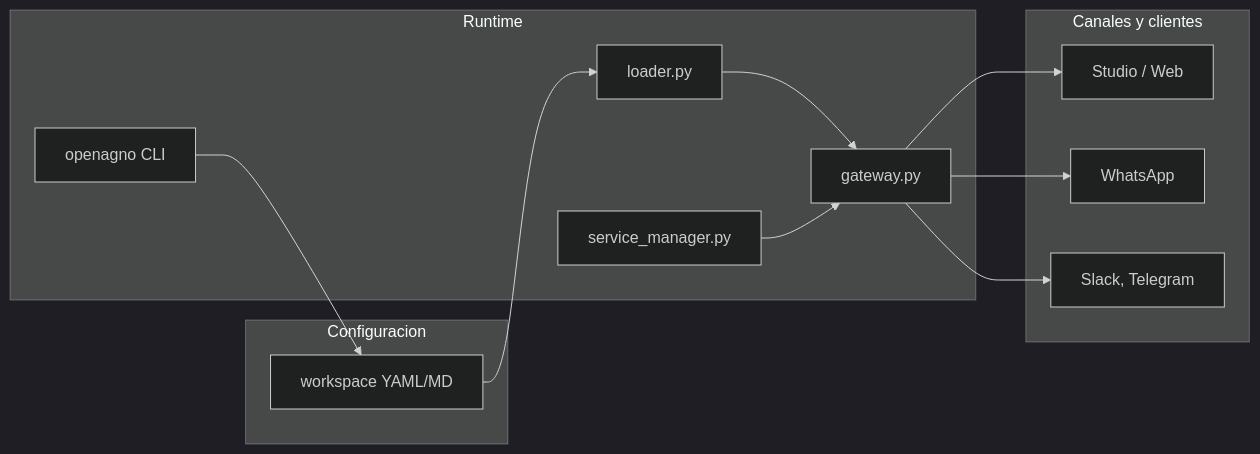
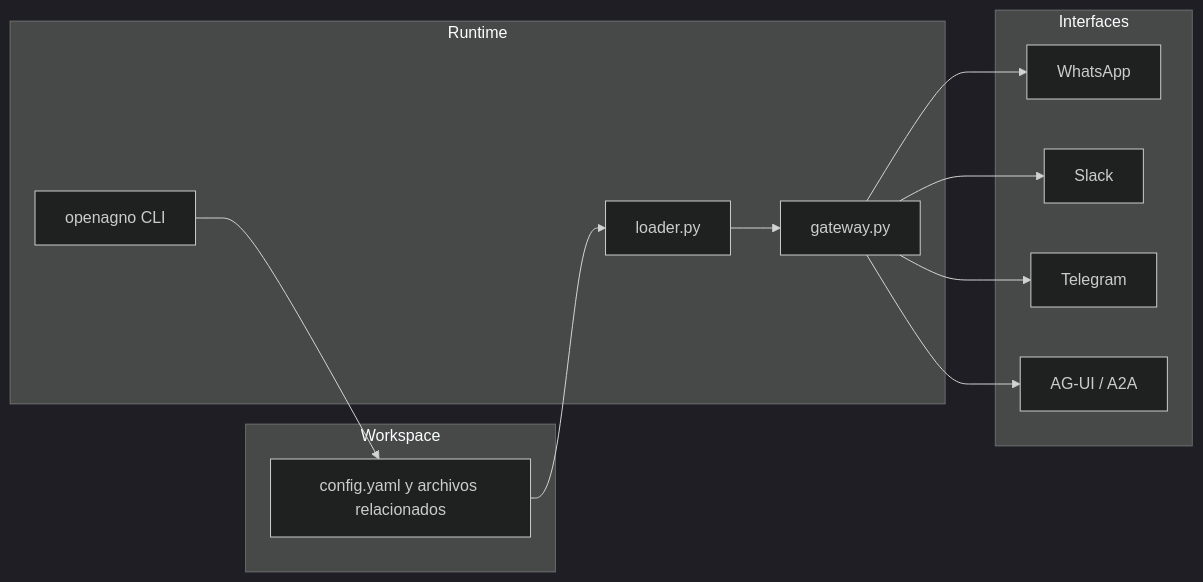
One commit to israelgo93/OpenAgno changed the diagram in docs/architecture.mdx. Above: the diagram before and after it, drawn with Mermaid (dark theme). The commit also changed other lines of this file and 21 other files, not shown here.

````diff
--- a/docs/architecture.mdx
+++ b/docs/architecture.mdx
@@ -53,23 +54,23 @@
 ```mermaid
 flowchart LR
-	subgraph cfg[Configuracion]
-		W[workspace YAML/MD]
+	subgraph cfg[Workspace]
+		W[config.yaml y archivos relacionados]
 	end
 	subgraph run[Runtime]
 		C[openagno CLI]
 		L[loader.py]
 		G[gateway.py]
-		S[service_manager.py]
 	end
-	subgraph out[Canales y clientes]
-		ST[Studio / Web]
+	subgraph out[Interfaces]
 		WA[WhatsApp]
-		OT[Slack, Telegram]
+		SL[Slack]
+		TG[Telegram]
+		AG[AG-UI / A2A]
 	end
 	C --> W
 	W --> L --> G
-	S --> G
-	G --> ST
 	G --> WA
-	G --> OT
+	G --> SL
+	G --> TG
+	G --> AG
 ```
````
